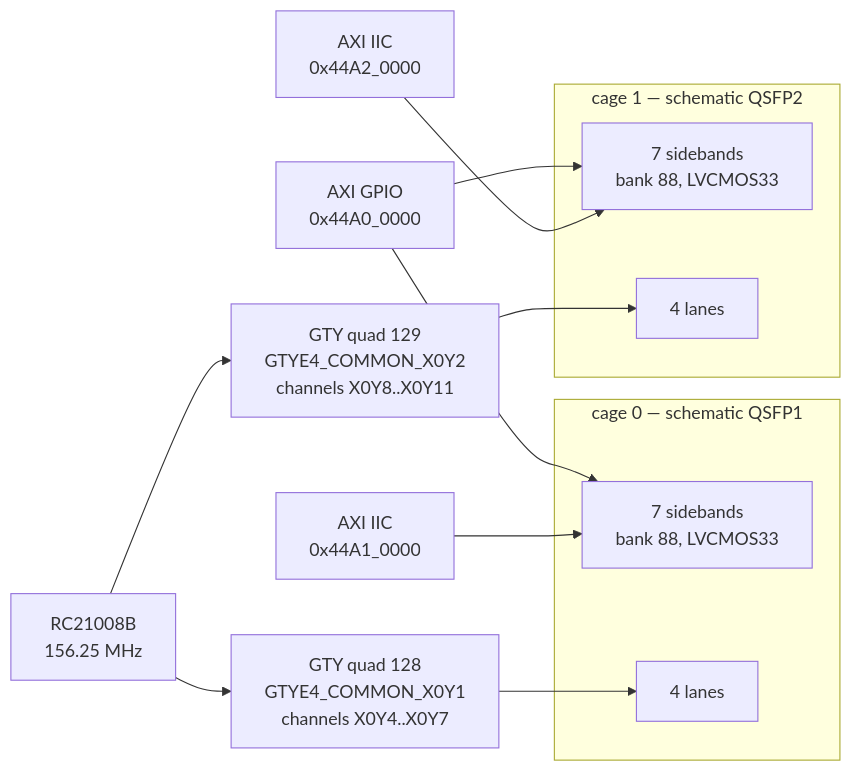
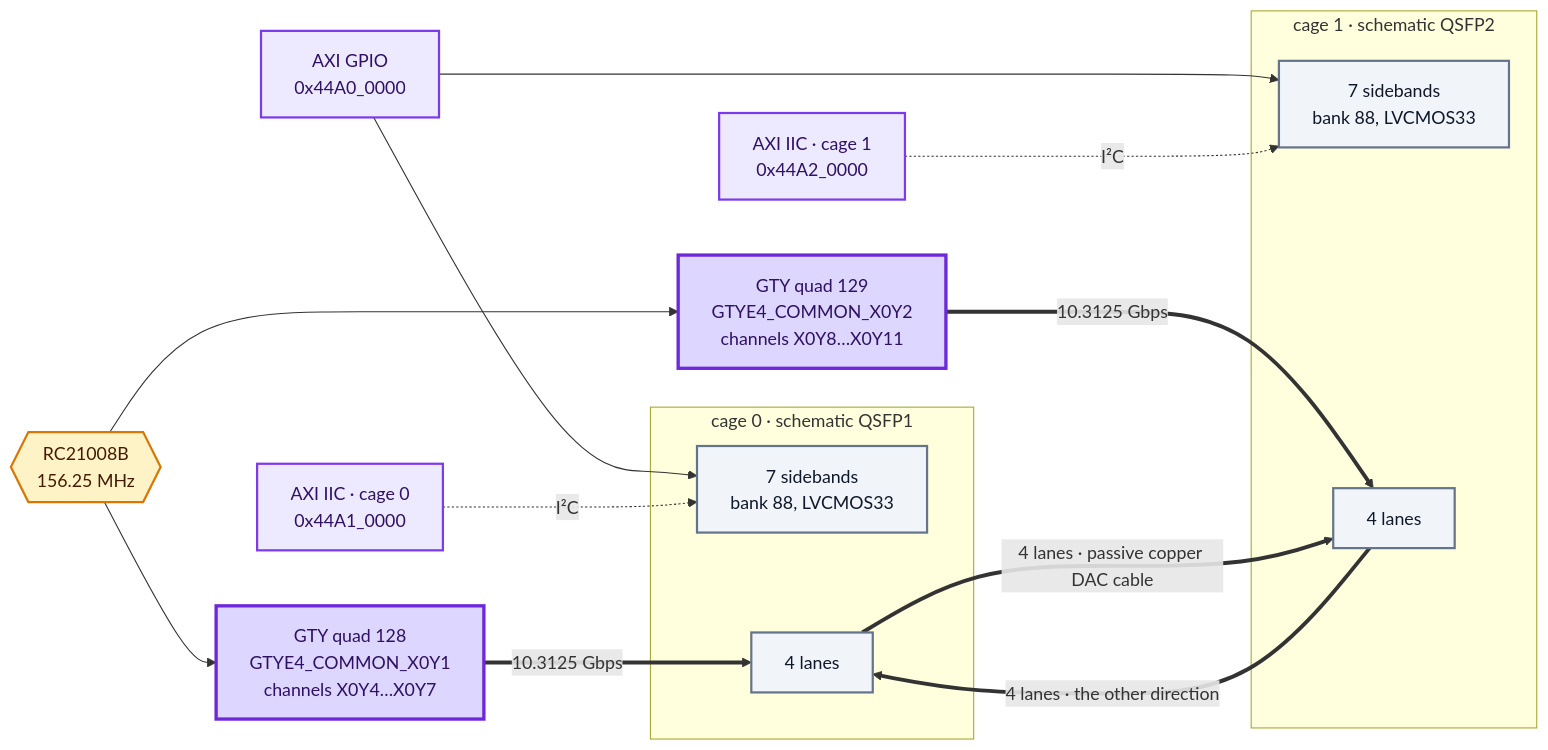
Before and after one commit to JutsFunFor/xczu27dr-rfsoc: the diagram in qsfp/README.md, drawn with Mermaid. The commit also changed other lines of this file and 16 other files, not shown here.

````diff
--- a/qsfp/README.md
+++ b/qsfp/README.md
@@ -57,19 +60,40 @@
 ```mermaid
 flowchart LR
-  subgraph C0["cage 0 — schematic QSFP1"]
+  REF{{"RC21008B<br/>156.25 MHz"}}
+  GPIO["AXI GPIO<br/>0x44A0_0000"]
+  IIC0["AXI IIC · cage 0<br/>0x44A1_0000"]
+  IIC1["AXI IIC · cage 1<br/>0x44A2_0000"]
+  Q0["GTY quad 128<br/>GTYE4_COMMON_X0Y1<br/>channels X0Y4…X0Y7"]
+  Q1["GTY quad 129<br/>GTYE4_COMMON_X0Y2<br/>channels X0Y8…X0Y11"]
+
+  subgraph C0["cage 0 · schematic QSFP1"]
     S0["7 sidebands<br/>bank 88, LVCMOS33"]
     L0["4 lanes"]
   end
-  subgraph C1["cage 1 — schematic QSFP2"]
+
+  subgraph C1["cage 1 · schematic QSFP2"]
     S1["7 sidebands<br/>bank 88, LVCMOS33"]
     L1["4 lanes"]
   end
-  GPIO["AXI GPIO<br/>0x44A0_0000"] --> S0
+
+  REF --> Q0
+  REF --> Q1
+  GPIO --> S0
   GPIO --> S1
-  IIC0["AXI IIC<br/>0x44A1_0000"] --> S0
-  IIC1["AXI IIC<br/>0x44A2_0000"] --> S1
-  Q0["GTY quad 128<br/>GTYE4_COMMON_X0Y1<br/>channels X0Y4..X0Y7"] --> L0
-  Q1["GTY quad 129<br/>GTYE4_COMMON_X0Y2<br/>channels X0Y8..X0Y11"] --> L1
-  REF["RC21008B<br/>156.25 MHz"] --> Q0
-  REF --> Q1
+  IIC0 -.->|"I²C"| S0
+  IIC1 -.->|"I²C"| S1
+  Q0 ==>|"10.3125 Gbps"| L0
+  Q1 ==>|"10.3125 Gbps"| L1
+  L0 ==>|"4 lanes · passive copper DAC cable"| L1
+  L1 ==>|"4 lanes · the other direction"| L0
+
+  classDef clk  fill:#fef3c7,stroke:#d97706,stroke-width:2px,color:#451a03
+  classDef pl   fill:#ede9fe,stroke:#7c3aed,stroke-width:2px,color:#2e1065
+  classDef gty  fill:#ddd6fe,stroke:#6d28d9,stroke-width:3px,color:#2e1065
+  classDef cage fill:#f1f5f9,stroke:#64748b,stroke-width:2px,color:#0f172a
+
+  class REF clk
+  class GPIO,IIC0,IIC1 pl
+  class Q0,Q1 gty
+  class S0,S1,L0,L1 cage
 ```
````
